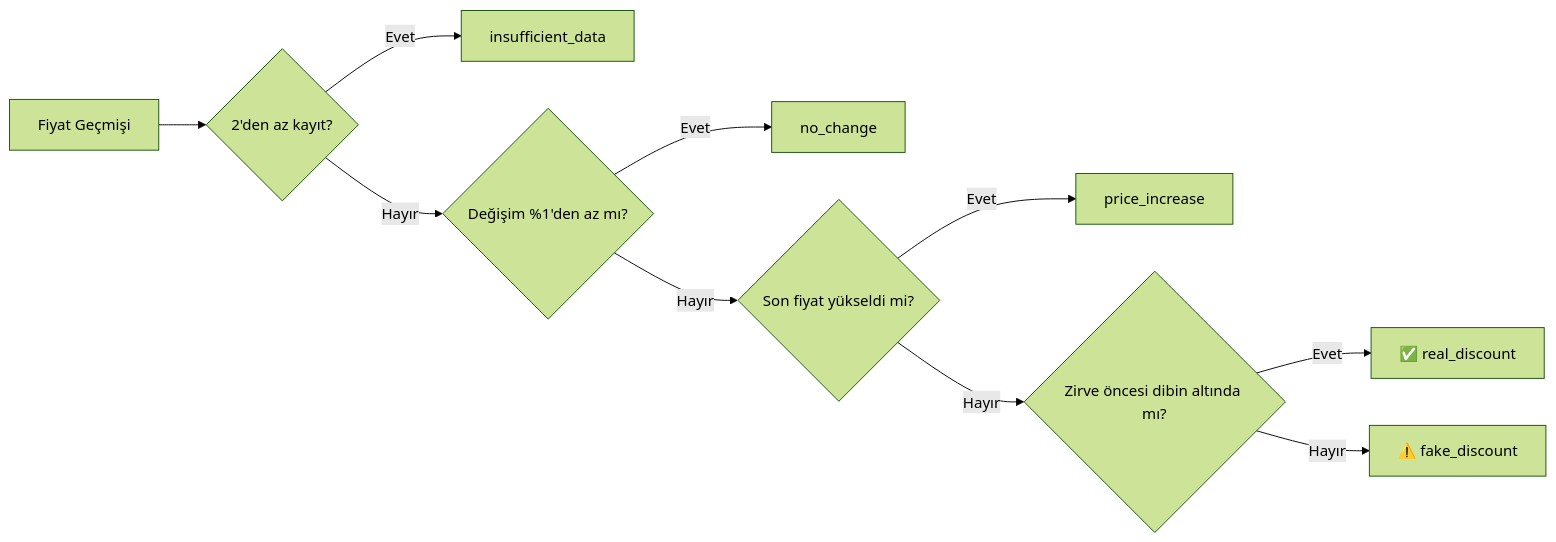
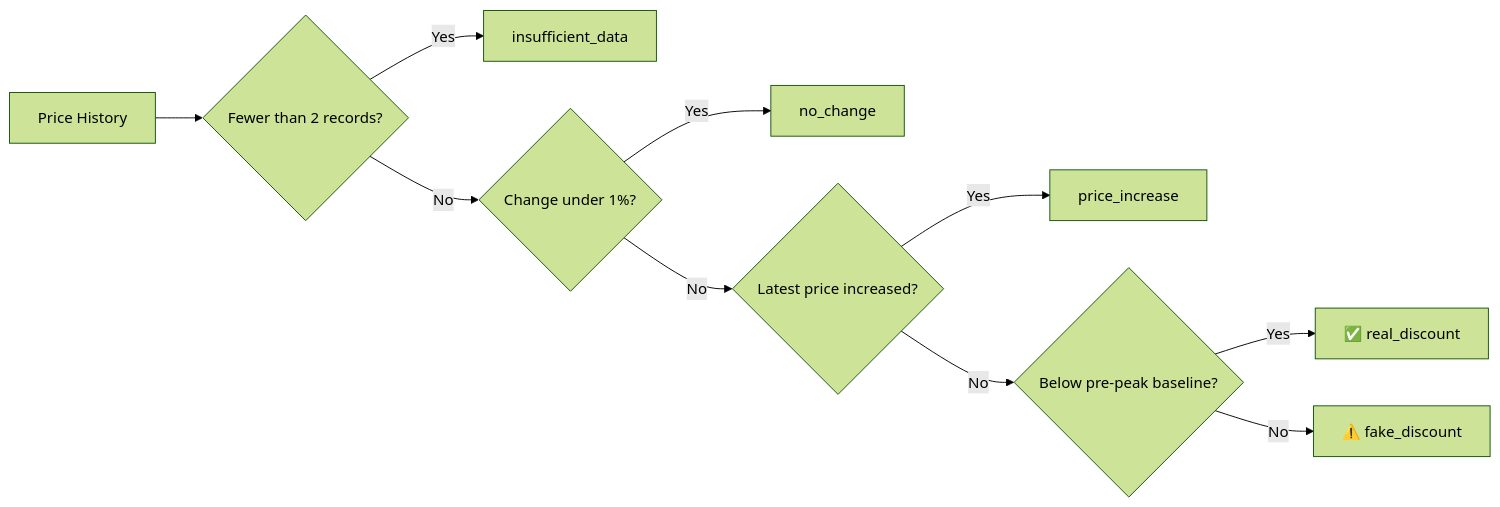
The first of 4 diagrams in README.md (borayrdmc/Karma), drawn with Mermaid (forest theme) before and after one commit. The commit also changed other lines of this file and 1 other file, not shown here.

````diff
--- a/README.md
+++ b/README.md
@@ -101,12 +105,12 @@
 ```mermaid
 flowchart LR
-    A["Fiyat Geçmişi"] --> B{"2'den az kayıt?"}
-    B -- Evet --> C["insufficient_data"]
-    B -- Hayır --> D{"Değişim %1'den az mı?"}
-    D -- Evet --> E["no_change"]
-    D -- Hayır --> F{"Son fiyat yükseldi mi?"}
-    F -- Evet --> G["price_increase"]
-    F -- Hayır --> H{"Zirve öncesi dibin altında mı?"}
-    H -- Evet --> I["✅ real_discount"]
-    H -- Hayır --> J["⚠️ fake_discount"]
+    A["Price History"] --> B{"Fewer than 2 records?"}
+    B -- Yes --> C["insufficient_data"]
+    B -- No --> D{"Change under 1%?"}
+    D -- Yes --> E["no_change"]
+    D -- No --> F{"Latest price increased?"}
+    F -- Yes --> G["price_increase"]
+    F -- No --> H{"Below pre-peak baseline?"}
+    H -- Yes --> I["✅ real_discount"]
+    H -- No --> J["⚠️ fake_discount"]
 ```
````
